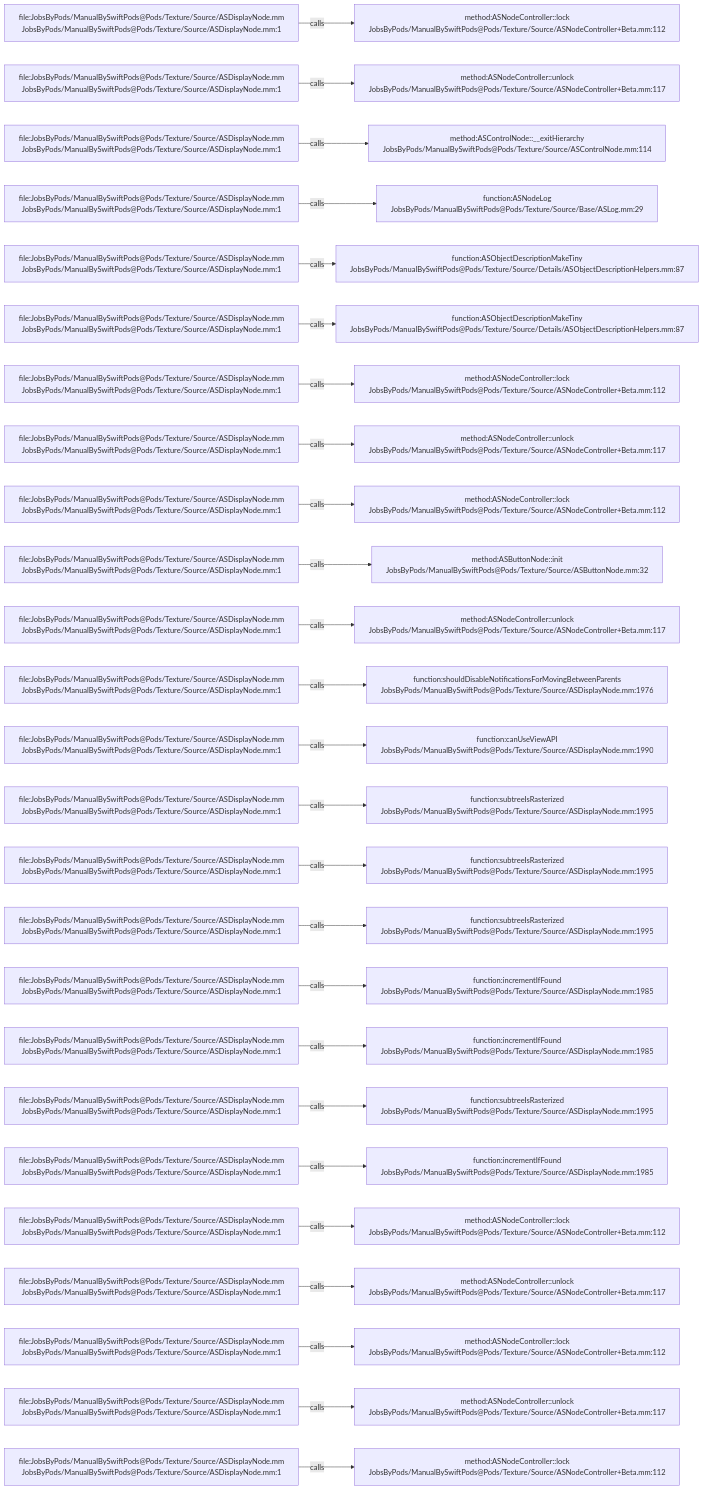
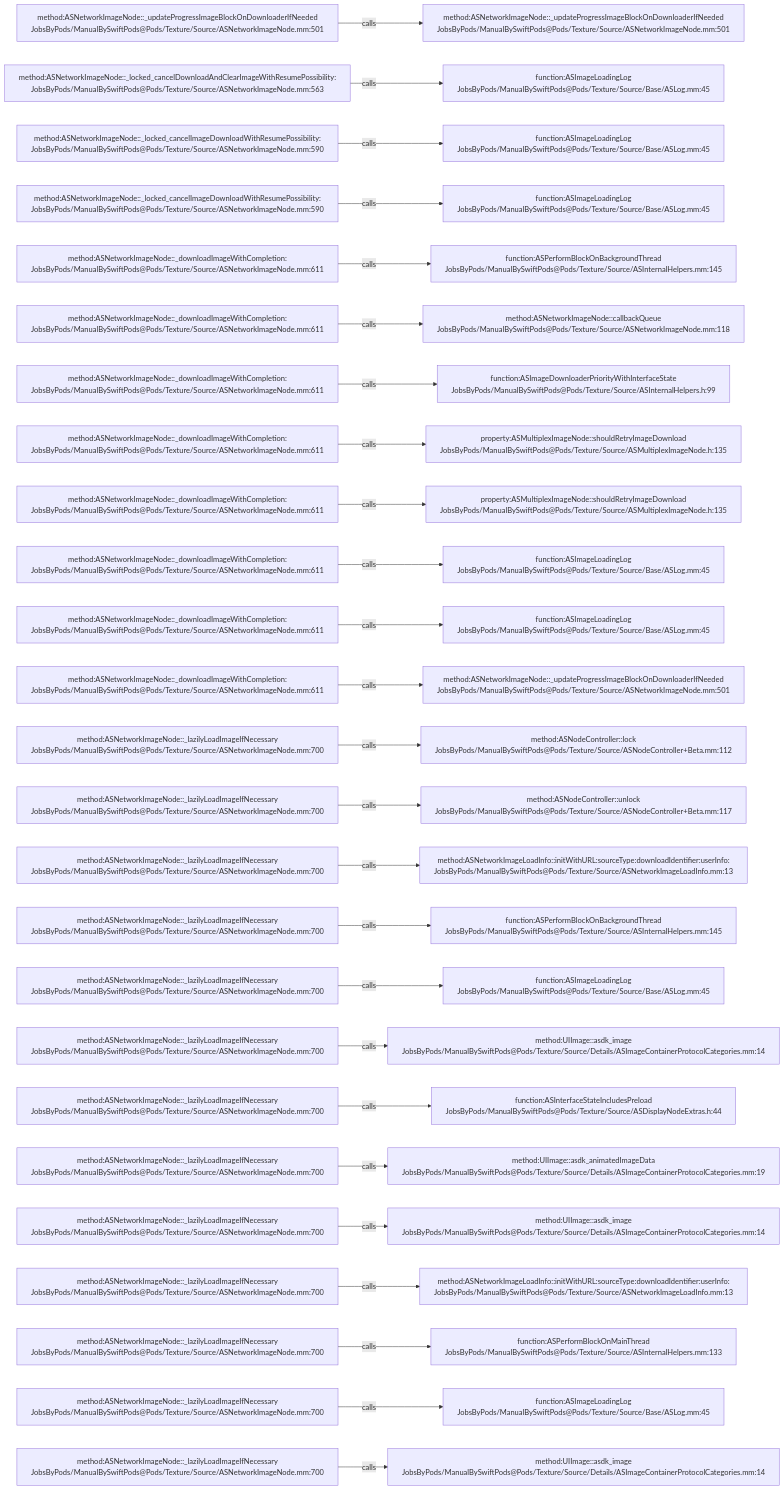
One commit to JobsKits/JobsSwiftBaseConfigDemo changed the diagram in .codegraph/codegraph.md/graphs/calls-051.md. Above: the diagram before and after it, drawn with Mermaid. The commit also changed 832 other files, not shown here.

````diff
--- a/.codegraph/codegraph.md/graphs/calls-051.md
+++ b/.codegraph/codegraph.md/graphs/calls-051.md
@@ -13,78 +13,78 @@
 ```mermaid
 flowchart LR
-  S1["file:JobsByPods/ManualBySwiftPods@Pods/Texture/Source/ASDisplayNode.mm<br/>JobsByPods/ManualBySwiftPods@Pods/Texture/Source/ASDisplayNode.mm:1"]
-  T1["method:ASNodeController::lock<br/>JobsByPods/ManualBySwiftPods@Pods/Texture/Source/ASNodeController+Beta.mm:112"]
+  S1["method:ASNetworkImageNode::_updateProgressImageBlockOnDownloaderIfNeeded<br/>JobsByPods/ManualBySwiftPods@Pods/Texture/Source/ASNetworkImageNode.mm:501"]
+  T1["method:ASNetworkImageNode::_updateProgressImageBlockOnDownloaderIfNeeded<br/>JobsByPods/ManualBySwiftPods@Pods/Texture/Source/ASNetworkImageNode.mm:501"]
   S1 -->|calls| T1
-  S2["file:JobsByPods/ManualBySwiftPods@Pods/Texture/Source/ASDisplayNode.mm<br/>JobsByPods/ManualBySwiftPods@Pods/Texture/Source/ASDisplayNode.mm:1"]
-  T2["method:ASNodeController::unlock<br/>JobsByPods/ManualBySwiftPods@Pods/Texture/Source/ASNodeController+Beta.mm:117"]
+  S2["method:ASNetworkImageNode::_locked_cancelDownloadAndClearImageWithResumePossibility:<br/>JobsByPods/ManualBySwiftPods@Pods/Texture/Source/ASNetworkImageNode.mm:563"]
+  T2["function:ASImageLoadingLog<br/>JobsByPods/ManualBySwiftPods@Pods/Texture/Source/Base/ASLog.mm:45"]
   S2 -->|calls| T2
-  S3["file:JobsByPods/ManualBySwiftPods@Pods/Texture/Source/ASDisplayNode.mm<br/>JobsByPods/ManualBySwiftPods@Pods/Texture/Source/ASDisplayNode.mm:1"]
-  T3["method:ASControlNode::__exitHierarchy<br/>JobsByPods/ManualBySwiftPods@Pods/Texture/Source/ASControlNode.mm:114"]
+  S3["method:ASNetworkImageNode::_locked_cancelImageDownloadWithResumePossibility:<br/>JobsByPods/ManualBySwiftPods@Pods/Texture/Source/ASNetworkImageNode.mm:590"]
+  T3["function:ASImageLoadingLog<br/>JobsByPods/ManualBySwiftPods@Pods/Texture/Source/Base/ASLog.mm:45"]
   S3 -->|calls| T3
-  S4["file:JobsByPods/ManualBySwiftPods@Pods/Texture/Source/ASDisplayNode.mm<br/>JobsByPods/ManualBySwiftPods@Pods/Texture/Source/ASDisplayNode.mm:1"]
-  T4["function:ASNodeLog<br/>JobsByPods/ManualBySwiftPods@Pods/Texture/Source/Base/ASLog.mm:29"]
+  S4["method:ASNetworkImageNode::_locked_cancelImageDownloadWithResumePossibility:<br/>JobsByPods/ManualBySwiftPods@Pods/Texture/Source/ASNetworkImageNode.mm:590"]
+  T4["function:ASImageLoadingLog<br/>JobsByPods/ManualBySwiftPods@Pods/Texture/Source/Base/ASLog.mm:45"]
   S4 -->|calls| T4
-  S5["file:JobsByPods/ManualBySwiftPods@Pods/Texture/Source/ASDisplayNode.mm<br/>JobsByPods/ManualBySwiftPods@Pods/Texture/Source/ASDisplayNode.mm:1"]
-  T5["function:ASObjectDescriptionMakeTiny<br/>JobsByPods/ManualBySwiftPods@Pods/Texture/Source/Details/ASObjectDescriptionHelpers.mm:87"]
+  S5["method:ASNetworkImageNode::_downloadImageWithCompletion:<br/>JobsByPods/ManualBySwiftPods@Pods/Texture/Source/ASNetworkImageNode.mm:611"]
+  T5["function:ASPerformBlockOnBackgroundThread<br/>JobsByPods/ManualBySwiftPods@Pods/Texture/Source/ASInternalHelpers.mm:145"]
   S5 -->|calls| T5
-  S6["file:JobsByPods/ManualBySwiftPods@Pods/Texture/Source/ASDisplayNode.mm<br/>JobsByPods/ManualBySwiftPods@Pods/Texture/Source/ASDisplayNode.mm:1"]
-  T6["function:ASObjectDescriptionMakeTiny<br/>JobsByPods/ManualBySwiftPods@Pods/Texture/Source/Details/ASObjectDescriptionHelpers.mm:87"]
+  S6["method:ASNetworkImageNode::_downloadImageWithCompletion:<br/>JobsByPods/ManualBySwiftPods@Pods/Texture/Source/ASNetworkImageNode.mm:611"]
+  T6["method:ASNetworkImageNode::callbackQueue<br/>JobsByPods/ManualBySwiftPods@Pods/Texture/Source/ASNetworkImageNode.mm:118"]
   S6 -->|calls| T6
-  S7["file:JobsByPods/ManualBySwiftPods@Pods/Texture/Source/ASDisplayNode.mm<br/>JobsByPods/ManualBySwiftPods@Pods/Texture/Source/ASDisplayNode.mm:1"]
-  T7["method:ASNodeController::lock<br/>JobsByPods/ManualBySwiftPods@Pods/Texture/Source/ASNodeController+Beta.mm:112"]
+  S7["method:ASNetworkImageNode::_downloadImageWithCompletion:<br/>JobsByPods/ManualBySwiftPods@Pods/Texture/Source/ASNetworkImageNode.mm:611"]
+  T7["function:ASImageDownloaderPriorityWithInterfaceState<br/>JobsByPods/ManualBySwiftPods@Pods/Texture/Source/ASInternalHelpers.h:99"]
   S7 -->|calls| T7
-  S8["file:JobsByPods/ManualBySwiftPods@Pods/Texture/Source/ASDisplayNode.mm<br/>JobsByPods/ManualBySwiftPods@Pods/Texture/Source/ASDisplayNode.mm:1"]
-  T8["method:ASNodeController::unlock<br/>JobsByPods/ManualBySwiftPods@Pods/Texture/Source/ASNodeController+Beta.mm:117"]
+  S8["method:ASNetworkImageNode::_downloadImageWithCompletion:<br/>JobsByPods/ManualBySwiftPods@Pods/Texture/Source/ASNetworkImageNode.mm:611"]
+  T8["property:ASMultiplexImageNode::shouldRetryImageDownload<br/>JobsByPods/ManualBySwiftPods@Pods/Texture/Source/ASMultiplexImageNode.h:135"]
   S8 -->|calls| T8
-  S9["file:JobsByPods/ManualBySwiftPods@Pods/Texture/Source/ASDisplayNode.mm<br/>JobsByPods/ManualBySwiftPods@Pods/Texture/Source/ASDisplayNode.mm:1"]
-  T9["method:ASNodeController::lock<br/>JobsByPods/ManualBySwiftPods@Pods/Texture/Source/ASNodeController+Beta.mm:112"]
+  S9["method:ASNetworkImageNode::_downloadImageWithCompletion:<br/>JobsByPods/ManualBySwiftPods@Pods/Texture/Source/ASNetworkImageNode.mm:611"]
+  T9["property:ASMultiplexImageNode::shouldRetryImageDownload<br/>JobsByPods/ManualBySwiftPods@Pods/Texture/Source/ASMultiplexImageNode.h:135"]
   S9 -->|calls| T9
-  S10["file:JobsByPods/ManualBySwiftPods@Pods/Texture/Source/ASDisplayNode.mm<br/>JobsByPods/ManualBySwiftPods@Pods/Texture/Source/ASDisplayNode.mm:1"]
-  T10["method:ASButtonNode::init<br/>JobsByPods/ManualBySwiftPods@Pods/Texture/Source/ASButtonNode.mm:32"]
+  S10["method:ASNetworkImageNode::_downloadImageWithCompletion:<br/>JobsByPods/ManualBySwiftPods@Pods/Texture/Source/ASNetworkImageNode.mm:611"]
+  T10["function:ASImageLoadingLog<br/>JobsByPods/ManualBySwiftPods@Pods/Texture/Source/Base/ASLog.mm:45"]
   S10 -->|calls| T10
-  S11["file:JobsByPods/ManualBySwiftPods@Pods/Texture/Source/ASDisplayNode.mm<br/>JobsByPods/ManualBySwiftPods@Pods/Texture/Source/ASDisplayNode.mm:1"]
-  T11["method:ASNodeController::unlock<br/>JobsByPods/ManualBySwiftPods@Pods/Texture/Source/ASNodeController+Beta.mm:117"]
+  S11["method:ASNetworkImageNode::_downloadImageWithCompletion:<br/>JobsByPods/ManualBySwiftPods@Pods/Texture/Source/ASNetworkImageNode.mm:611"]
+  T11["function:ASImageLoadingLog<br/>JobsByPods/ManualBySwiftPods@Pods/Texture/Source/Base/ASLog.mm:45"]
   S11 -->|calls| T11
-  S12["file:JobsByPods/ManualBySwiftPods@Pods/Texture/Source/ASDisplayNode.mm<br/>JobsByPods/ManualBySwiftPods@Pods/Texture/Source/ASDisplayNode.mm:1"]
-  T12["function:shouldDisableNotificationsForMovingBetweenParents<br/>JobsByPods/ManualBySwiftPods@Pods/Texture/Source/ASDisplayNode.mm:1976"]
+  S12["method:ASNetworkImageNode::_downloadImageWithCompletion:<br/>JobsByPods/ManualBySwiftPods@Pods/Texture/Source/ASNetworkImageNode.mm:611"]
+  T12["method:ASNetworkImageNode::_updateProgressImageBlockOnDownloaderIfNeeded<br/>JobsByPods/ManualBySwiftPods@Pods/Texture/Source/ASNetworkImageNode.mm:501"]
   S12 -->|calls| T12
-  S13["file:JobsByPods/ManualBySwiftPods@Pods/Texture/Source/ASDisplayNode.mm<br/>JobsByPods/ManualBySwiftPods@Pods/Texture/Source/ASDisplayNode.mm:1"]
-  T13["function:canUseViewAPI<br/>JobsByPods/ManualBySwiftPods@Pods/Texture/Source/ASDisplayNode.mm:1990"]
+  S13["method:ASNetworkImageNode::_lazilyLoadImageIfNecessary<br/>JobsByPods/ManualBySwiftPods@Pods/Texture/Source/ASNetworkImageNode.mm:700"]
+  T13["method:ASNodeController::lock<br/>JobsByPods/ManualBySwiftPods@Pods/Texture/Source/ASNodeController+Beta.mm:112"]
   S13 -->|calls| T13
-  S14["file:JobsByPods/ManualBySwiftPods@Pods/Texture/Source/ASDisplayNode.mm<br/>JobsByPods/ManualBySwiftPods@Pods/Texture/Source/ASDisplayNode.mm:1"]
-  T14["function:subtreeIsRasterized<br/>JobsByPods/ManualBySwiftPods@Pods/Texture/Source/ASDisplayNode.mm:1995"]
+  S14["method:ASNetworkImageNode::_lazilyLoadImageIfNecessary<br/>JobsByPods/ManualBySwiftPods@Pods/Texture/Source/ASNetworkImageNode.mm:700"]
+  T14["method:ASNodeController::unlock<br/>JobsByPods/ManualBySwiftPods@Pods/Texture/Source/ASNodeController+Beta.mm:117"]
   S14 -->|calls| T14
-  S15["file:JobsByPods/ManualBySwiftPods@Pods/Texture/Source/ASDisplayNode.mm<br/>JobsByPods/ManualBySwiftPods@Pods/Texture/Source/ASDisplayNode.mm:1"]
-  T15["function:subtreeIsRasterized<br/>JobsByPods/ManualBySwiftPods@Pods/Texture/Source/ASDisplayNode.mm:1995"]
+  S15["method:ASNetworkImageNode::_lazilyLoadImageIfNecessary<br/>JobsByPods/ManualBySwiftPods@Pods/Texture/Source/ASNetworkImageNode.mm:700"]
+  T15["method:ASNetworkImageLoadInfo::initWithURL:sourceType:downloadIdentifier:userInfo:<br/>JobsByPods/ManualBySwiftPods@Pods/Texture/Source/ASNetworkImageLoadInfo.mm:13"]
   S15 -->|calls| T15
-  S16["file:JobsByPods/ManualBySwiftPods@Pods/Texture/Source/ASDisplayNode.mm<br/>JobsByPods/ManualBySwiftPods@Pods/Texture/Source/ASDisplayNode.mm:1"]
-  T16["function:subtreeIsRasterized<br/>JobsByPods/ManualBySwiftPods@Pods/Texture/Source/ASDisplayNode.mm:1995"]
+  S16["method:ASNetworkImageNode::_lazilyLoadImageIfNecessary<br/>JobsByPods/ManualBySwiftPods@Pods/Texture/Source/ASNetworkImageNode.mm:700"]
+  T16["function:ASPerformBlockOnBackgroundThread<br/>JobsByPods/ManualBySwiftPods@Pods/Texture/Source/ASInternalHelpers.mm:145"]
   S16 -->|calls| T16
-  S17["file:JobsByPods/ManualBySwiftPods@Pods/Texture/Source/ASDisplayNode.mm<br/>JobsByPods/ManualBySwiftPods@Pods/Texture/Source/ASDisplayNode.mm:1"]
-  T17["function:incrementIfFound<br/>JobsByPods/ManualBySwiftPods@Pods/Texture/Source/ASDisplayNode.mm:1985"]
+  S17["method:ASNetworkImageNode::_lazilyLoadImageIfNecessary<br/>JobsByPods/ManualBySwiftPods@Pods/Texture/Source/ASNetworkImageNode.mm:700"]
+  T17["function:ASImageLoadingLog<br/>JobsByPods/ManualBySwiftPods@Pods/Texture/Source/Base/ASLog.mm:45"]
   S17 -->|calls| T17
-  S18["file:JobsByPods/ManualBySwiftPods@Pods/Texture/Source/ASDisplayNode.mm<br/>JobsByPods/ManualBySwiftPods@Pods/Texture/Source/ASDisplayNode.mm:1"]
-  T18["function:incrementIfFound<br/>JobsByPods/ManualBySwiftPods@Pods/Texture/Source/ASDisplayNode.mm:1985"]
+  S18["method:ASNetworkImageNode::_lazilyLoadImageIfNecessary<br/>JobsByPods/ManualBySwiftPods@Pods/Texture/Source/ASNetworkImageNode.mm:700"]
+  T18["method:UIImage::asdk_image<br/>JobsByPods/ManualBySwiftPods@Pods/Texture/Source/Details/ASImageContainerProtocolCategories.mm:14"]
   S18 -->|calls| T18
-  S19["file:JobsByPods/ManualBySwiftPods@Pods/Texture/Source/ASDisplayNode.mm<br/>JobsByPods/ManualBySwiftPods@Pods/Texture/Source/ASDisplayNode.mm:1"]
-  T19["function:subtreeIsRasterized<br/>JobsByPods/ManualBySwiftPods@Pods/Texture/Source/ASDisplayNode.mm:1995"]
+  S19["method:ASNetworkImageNode::_lazilyLoadImageIfNecessary<br/>JobsByPods/ManualBySwiftPods@Pods/Texture/Source/ASNetworkImageNode.mm:700"]
+  T19["function:ASInterfaceStateIncludesPreload<br/>JobsByPods/ManualBySwiftPods@Pods/Texture/Source/ASDisplayNodeExtras.h:44"]
   S19 -->|calls| T19
-  S20["file:JobsByPods/ManualBySwiftPods@Pods/Texture/Source/ASDisplayNode.mm<br/>JobsByPods/ManualBySwiftPods@Pods/Texture/Source/ASDisplayNode.mm:1"]
-  T20["function:incrementIfFound<br/>JobsByPods/ManualBySwiftPods@Pods/Texture/Source/ASDisplayNode.mm:1985"]
+  S20["method:ASNetworkImageNode::_lazilyLoadImageIfNecessary<br/>JobsByPods/ManualBySwiftPods@Pods/Texture/Source/ASNetworkImageNode.mm:700"]
+  T20["method:UIImage::asdk_animatedImageData<br/>JobsByPods/ManualBySwiftPods@Pods/Texture/Source/Details/ASImageContainerProtocolCategories.mm:19"]
   S20 -->|calls| T20
-  S21["file:JobsByPods/ManualBySwiftPods@Pods/Texture/Source/ASDisplayNode.mm<br/>JobsByPods/ManualBySwiftPods@Pods/Texture/Source/ASDisplayNode.mm:1"]
-  T21["method:ASNodeController::lock<br/>JobsByPods/ManualBySwiftPods@Pods/Texture/Source/ASNodeController+Beta.mm:112"]
+  S21["method:ASNetworkImageNode::_lazilyLoadImageIfNecessary<br/>JobsByPods/ManualBySwiftPods@Pods/Texture/Source/ASNetworkImageNode.mm:700"]
+  T21["method:UIImage::asdk_image<br/>JobsByPods/ManualBySwiftPods@Pods/Texture/Source/Details/ASImageContainerProtocolCategories.mm:14"]
   S21 -->|calls| T21
-  S22["file:JobsByPods/ManualBySwiftPods@Pods/Texture/Source/ASDisplayNode.mm<br/>JobsByPods/ManualBySwiftPods@Pods/Texture/Source/ASDisplayNode.mm:1"]
-  T22["method:ASNodeController::unlock<br/>JobsByPods/ManualBySwiftPods@Pods/Texture/Source/ASNodeController+Beta.mm:117"]
+  S22["method:ASNetworkImageNode::_lazilyLoadImageIfNecessary<br/>JobsByPods/ManualBySwiftPods@Pods/Texture/Source/ASNetworkImageNode.mm:700"]
+  T22["method:ASNetworkImageLoadInfo::initWithURL:sourceType:downloadIdentifier:userInfo:<br/>JobsByPods/ManualBySwiftPods@Pods/Texture/Source/ASNetworkImageLoadInfo.mm:13"]
   S22 -->|calls| T22
-  S23["file:JobsByPods/ManualBySwiftPods@Pods/Texture/Source/ASDisplayNode.mm<br/>JobsByPods/ManualBySwiftPods@Pods/Texture/Source/ASDisplayNode.mm:1"]
-  T23["method:ASNodeController::lock<br/>JobsByPods/ManualBySwiftPods@Pods/Texture/Source/ASNodeController+Beta.mm:112"]
+  S23["method:ASNetworkImageNode::_lazilyLoadImageIfNecessary<br/>JobsByPods/ManualBySwiftPods@Pods/Texture/Source/ASNetworkImageNode.mm:700"]
+  T23["function:ASPerformBlockOnMainThread<br/>JobsByPods/ManualBySwiftPods@Pods/Texture/Source/ASInternalHelpers.mm:133"]
   S23 -->|calls| T23
-  S24["file:JobsByPods/ManualBySwiftPods@Pods/Texture/Source/ASDisplayNode.mm<br/>JobsByPods/ManualBySwiftPods@Pods/Texture/Source/ASDisplayNode.mm:1"]
-  T24["method:ASNodeController::unlock<br/>JobsByPods/ManualBySwiftPods@Pods/Texture/Source/ASNodeController+Beta.mm:117"]
+  S24["method:ASNetworkImageNode::_lazilyLoadImageIfNecessary<br/>JobsByPods/ManualBySwiftPods@Pods/Texture/Source/ASNetworkImageNode.mm:700"]
+  T24["function:ASImageLoadingLog<br/>JobsByPods/ManualBySwiftPods@Pods/Texture/Source/Base/ASLog.mm:45"]
   S24 -->|calls| T24
-  S25["file:JobsByPods/ManualBySwiftPods@Pods/Texture/Source/ASDisplayNode.mm<br/>JobsByPods/ManualBySwiftPods@Pods/Texture/Source/ASDisplayNode.mm:1"]
-  T25["method:ASNodeController::lock<br/>JobsByPods/ManualBySwiftPods@Pods/Texture/Source/ASNodeController+Beta.mm:112"]
+  S25["method:ASNetworkImageNode::_lazilyLoadImageIfNecessary<br/>JobsByPods/ManualBySwiftPods@Pods/Texture/Source/ASNetworkImageNode.mm:700"]
+  T25["method:UIImage::asdk_image<br/>JobsByPods/ManualBySwiftPods@Pods/Texture/Source/Details/ASImageContainerProtocolCategories.mm:14"]
   S25 -->|calls| T25
 ```
````
